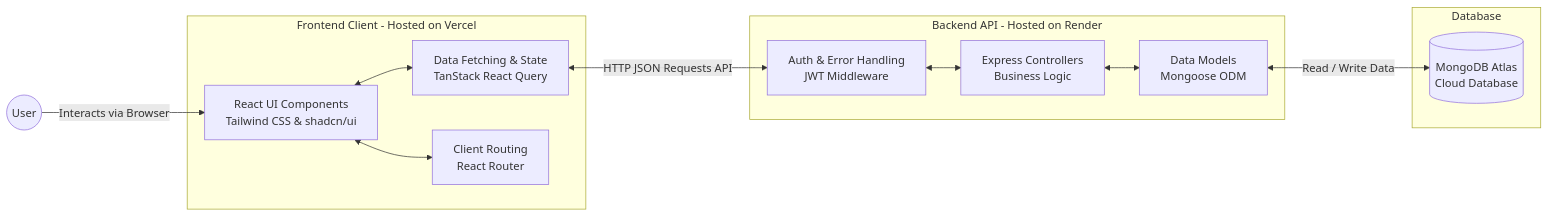
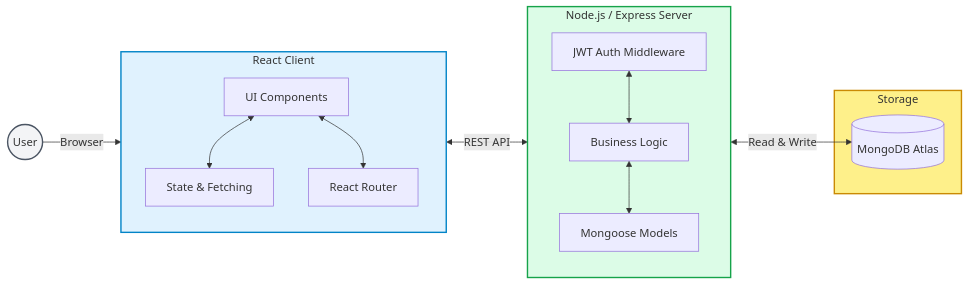
One commit to Sridharn97/FitVerse changed the second of 2 diagrams in Readme.md. Above: the diagram before and after it, drawn with Mermaid.

Commit message:
Architecture Diagram Added in Readme

````diff
--- a/Readme.md
+++ b/Readme.md
@@ -75,26 +75,31 @@
 ```mermaid
 flowchart LR
-    subgraph Frontend [Frontend Client - Hosted on Vercel]
-        UI[React UI Components<br/>Tailwind CSS & shadcn/ui]
-        State[Data Fetching & State<br/>TanStack React Query]
-        Router[Client Routing<br/>React Router]
+    User((User)) -->|Browser| UI
+    
+    subgraph Frontend [React Client]
+        direction TB
+        UI[UI Components] <--> State[State & Fetching]
+        UI <--> Router[React Router]
+    end
+    
+    subgraph Backend [Node.js / Express Server]
+        direction TB
+        State <-->|REST API| Middlewares[JWT Auth Middleware]
+        Middlewares <--> Controllers[Business Logic]
+        Controllers <--> Models[Mongoose Models]
+    end
+    
+    subgraph Database [Storage]
+        Models <-->|Read & Write| DB[(MongoDB Atlas)]
     end
 
-    subgraph Backend [Backend API - Hosted on Render]
-        Controllers[Express Controllers<br/>Business Logic]
-        Middlewares[Auth & Error Handling<br/>JWT Middleware]
-        Models[Data Models<br/>Mongoose ODM]
-    end
-
-    subgraph Database [Database]
-        Collections[(MongoDB Atlas<br/>Cloud Database)]
-    end
-
-    User((User)) -->|Interacts via Browser| UI
-    UI <--> Router
-    UI <--> State
-    State <-->|HTTP JSON Requests API| Middlewares
-    Middlewares <--> Controllers
-    Controllers <--> Models
-    Models <-->|Read / Write Data| Collections
+    classDef client fill:#e0f2fe,stroke:#0284c7,stroke-width:2px;
+    classDef server fill:#dcfce7,stroke:#16a34a,stroke-width:2px;
+    classDef db fill:#fef08a,stroke:#ca8a04,stroke-width:2px;
+    classDef user fill:#f3f4f6,stroke:#4b5563,stroke-width:2px;
+    
+    class Frontend client;
+    class Backend server;
+    class Database db;
+    class User user;
 ```
````
